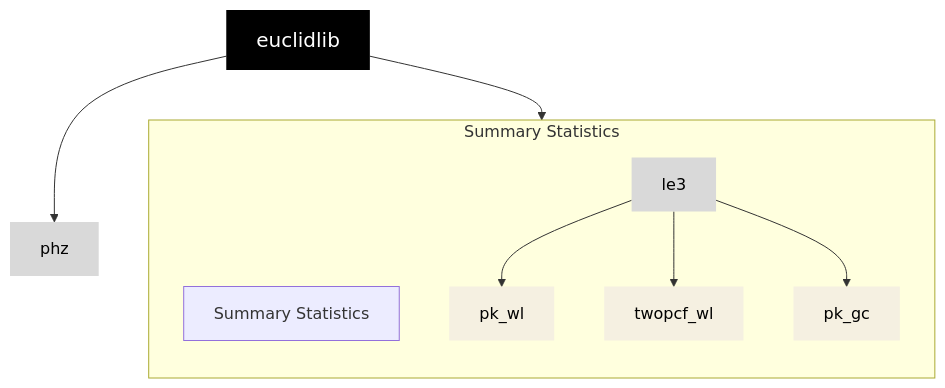
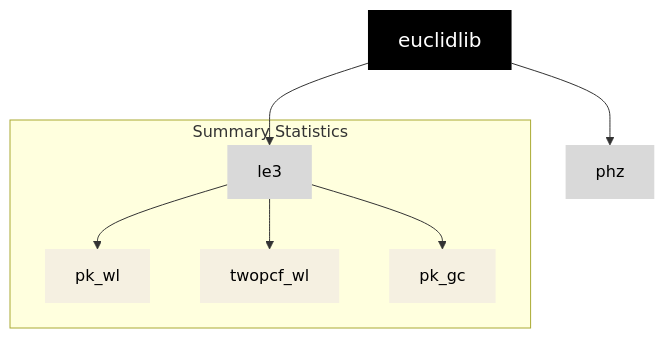
One commit to euclidlib/euclidlib changed the diagram in README.md. Above: the diagram before and after it, drawn with Mermaid.

Commit message:
change graph colour palette

````diff
--- a/README.md
+++ b/README.md
@@ -44,32 +44,30 @@
 ```mermaid
 graph TD
     %% Node styles
     classDef core fill:#000000,stroke:none,color:#ffffff,font-size:20px,rounded-corners:10px;
     classDef module fill:#f5f0e1,stroke:none,color:#000000,font-size:16px,rounded-corners:10px; %% pastel beige
     classDef data fill:#d9d9d9,stroke:none,color:#000000,font-size:16px,rounded-corners:10px; %% grey
 
     %% Core
     EUCLIDLIB[euclidlib]:::core
 
     %% Summary Statistics label top-left
     subgraph "Summary Statistics"
-        direction TB
-        LABEL["Summary Statistics"]
         LE3[le3]:::data
         PKWL[pk_wl]:::module
         TWOPCF[twopcf_wl]:::module
         PKGC[pk_gc]:::module
     end
 
     %% Photometry
     PHZ[phz]:::data
 
     %% Connections
     EUCLIDLIB --> LE3
     EUCLIDLIB --> PHZ
 
     LE3 --> PKWL
     LE3 --> TWOPCF
     LE3 --> PKGC
 
 ```
````
